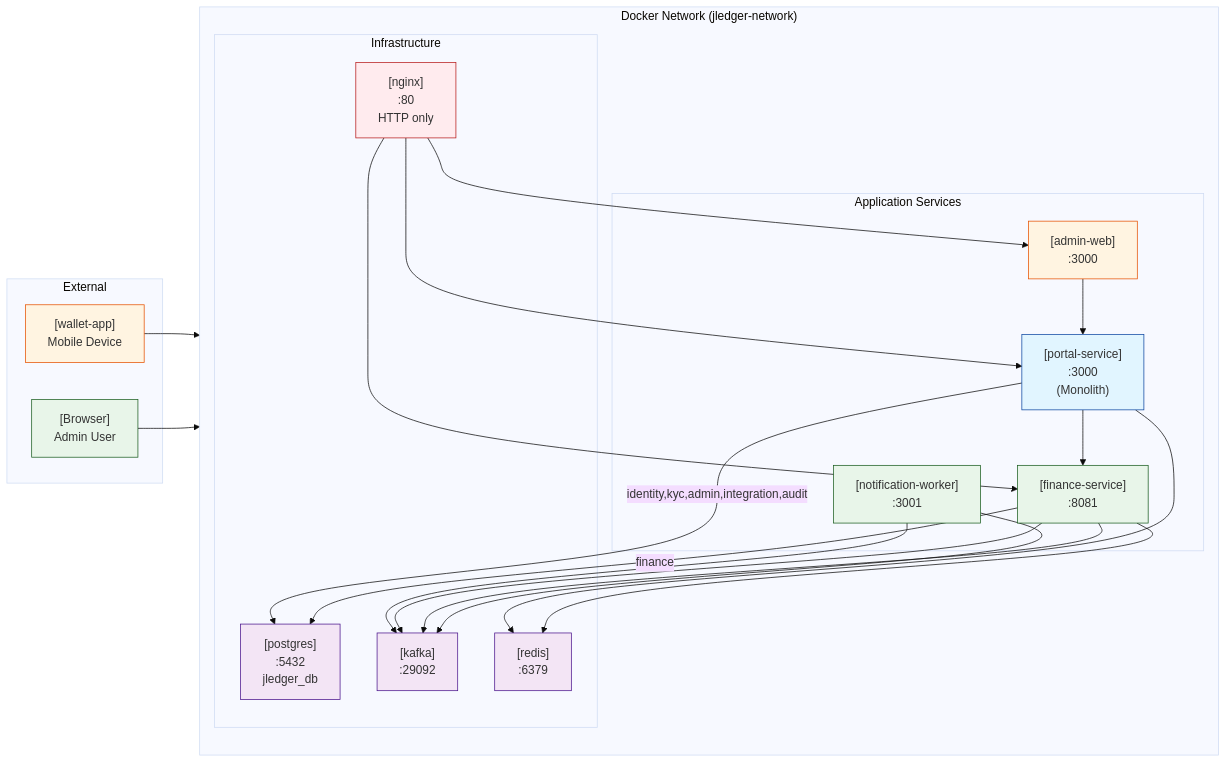
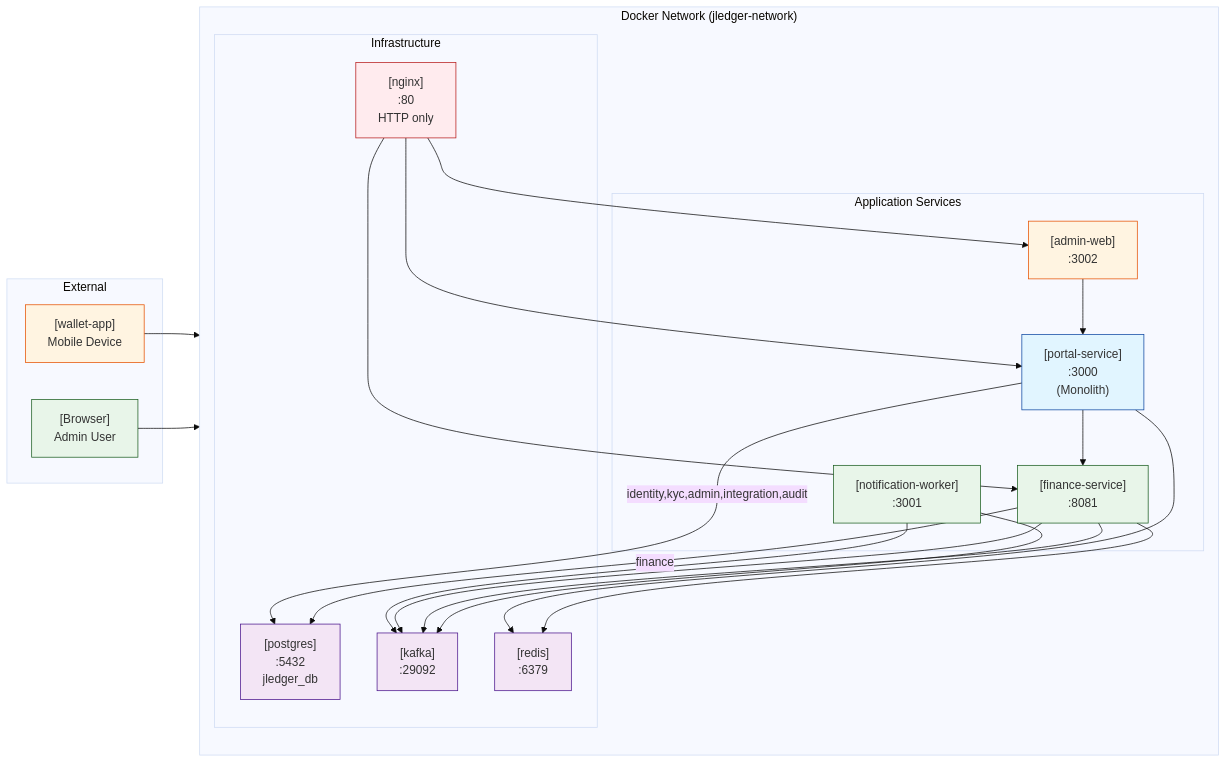
One commit to wiiznu17/j-ledgar changed the second of 3 diagrams in network.md. Above: the diagram before and after it, drawn with Mermaid (base theme). The commit also changed other lines of this file and 165 other files, not shown here.

````diff
--- a/network.md
+++ b/network.md
@@ -118,62 +118,62 @@
 ```mermaid
 graph LR
     subgraph "Docker Network (jledger-network)"
         direction TB
         subgraph "Application Services"
-            WEB["[admin-web]<br/>:3000"]
+            WEB["[admin-web]<br/>:3002"]
             PORTAL["[portal-service]<br/>:3000<br/>(Monolith)"]
             FIN["[finance-service]<br/>:8081"]
             WORK["[notification-worker]<br/>:3001"]
         end
 
         subgraph "Infrastructure"
             PG["[postgres]<br/>:5432<br/>jledger_db"]
             REDIS["[redis]<br/>:6379"]
             KAFKA["[kafka]<br/>:29092"]
             NGINX["[nginx]<br/>:80<br/>HTTP only"]
         end
     end
 
     subgraph "External"
         APP["[wallet-app]<br/>Mobile Device"]
         BROWSER["[Browser]<br/>Admin User"]
     end
 
     %% Service Connections
     WEB --> PORTAL
     PORTAL --> FIN
     WORK --> KAFKA
     FIN --> KAFKA
 
     %% External Connections via Nginx
     APP --> NGINX
     BROWSER --> NGINX
 
     %% Database Connections
     PORTAL -->|identity,kyc,admin,integration,audit| PG
     FIN -->|finance| PG
 
     %% Cache Connections
     PORTAL --> REDIS
     FIN --> REDIS
 
     %% Kafka Connections
     FIN --> KAFKA
     WORK --> KAFKA
 
     %% Nginx Gateway
     NGINX --> PORTAL
     NGINX --> FIN
     NGINX --> WEB
 
     style WEB fill:#fff4e1,stroke:#e65100
     style APP fill:#fff4e1,stroke:#e65100
     style BROWSER fill:#e8f5e9,stroke:#1b5e20
     style PORTAL fill:#e1f5ff,stroke:#0d47a1
     style FIN fill:#e8f5e9,stroke:#1b5e20
     style WORK fill:#e8f5e9,stroke:#1b5e20
     style PG fill:#f3e5f5,stroke:#4a148c
     style REDIS fill:#f3e5f5,stroke:#4a148c
     style KAFKA fill:#f3e5f5,stroke:#4a148c
     style NGINX fill:#ffebee,stroke:#b71c1c
 ```
````
